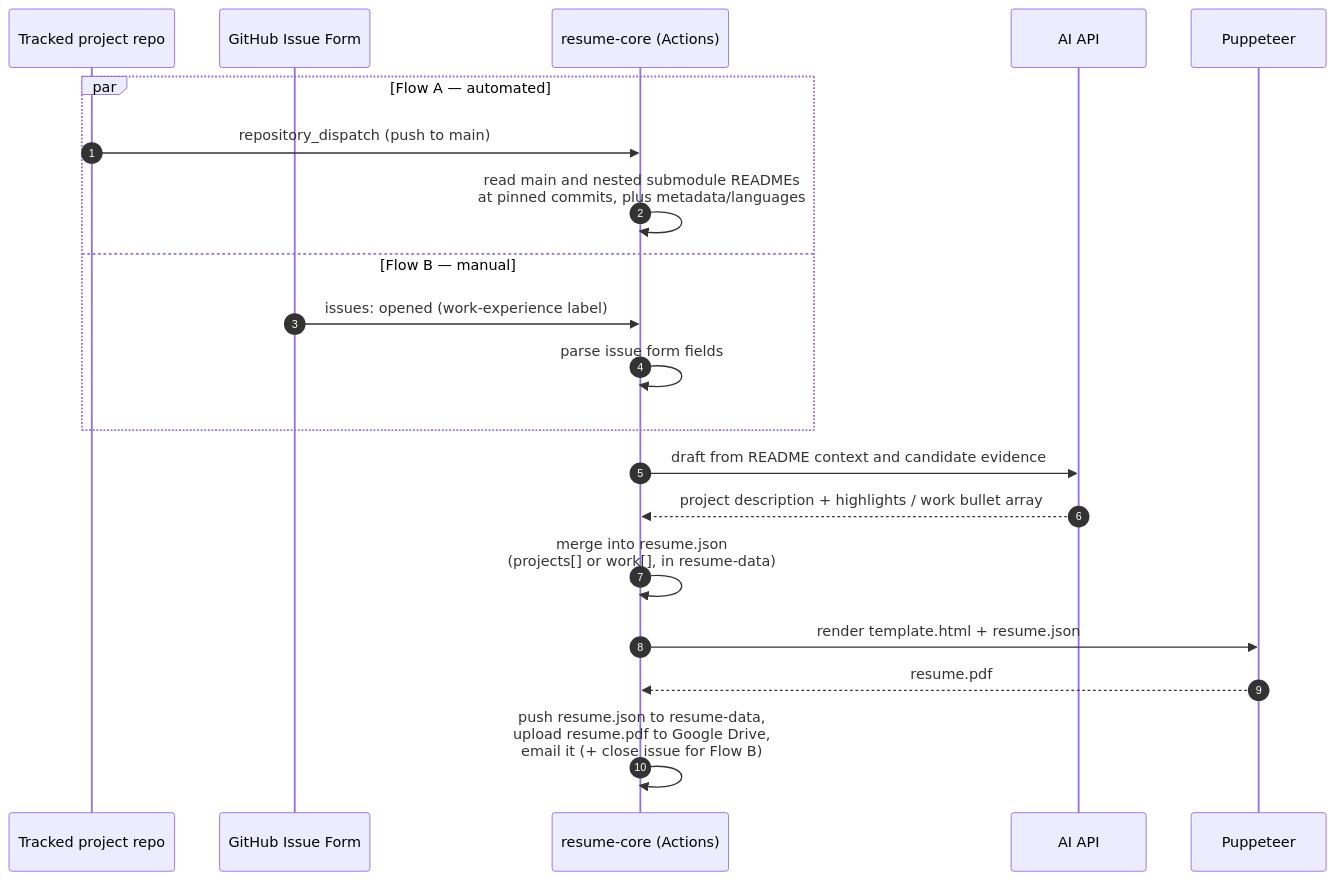
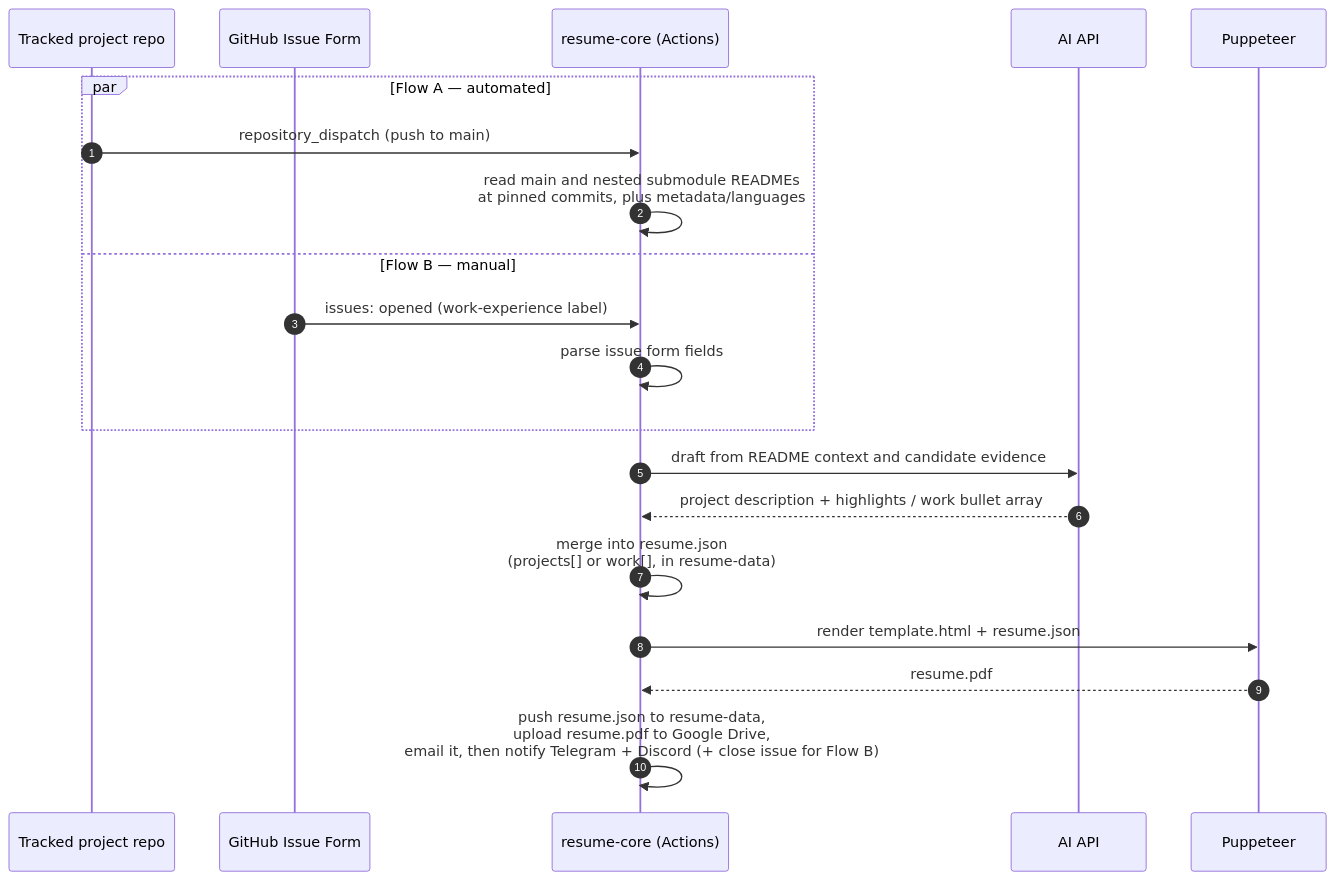
The first of 2 diagrams in README.md (ChamathDilshanC/resume-core), drawn with Mermaid before and after one commit. The commit also changed other lines of this file and 10 other files, not shown here.

Commit message:
feat: add Telegram and Discord resume delivery

````diff
--- a/README.md
+++ b/README.md
@@ -38,23 +38,23 @@
 ```mermaid
 sequenceDiagram
     autonumber
     participant Repo as Tracked project repo
     participant Issue as GitHub Issue Form
     participant Core as resume-core (Actions)
     participant AI as AI API
     participant PDF as Puppeteer
 
     par Flow A — automated
         Repo->>Core: repository_dispatch (push to main)
         Core->>Core: read main and nested submodule READMEs<br/>at pinned commits, plus metadata/languages
     and Flow B — manual
         Issue->>Core: issues: opened (work-experience label)
         Core->>Core: parse issue form fields
     end
     Core->>AI: draft from README context and candidate evidence
     AI-->>Core: project description + highlights / work bullet array
     Core->>Core: merge into resume.json<br/>(projects[] or work[], in resume-data)
     Core->>PDF: render template.html + resume.json
     PDF-->>Core: resume.pdf
-    Core->>Core: push resume.json to resume-data,<br/>upload resume.pdf to Google Drive,<br/>email it (+ close issue for Flow B)
+    Core->>Core: push resume.json to resume-data,<br/>upload resume.pdf to Google Drive,<br/>email it, then notify Telegram + Discord (+ close issue for Flow B)
 ```
````
